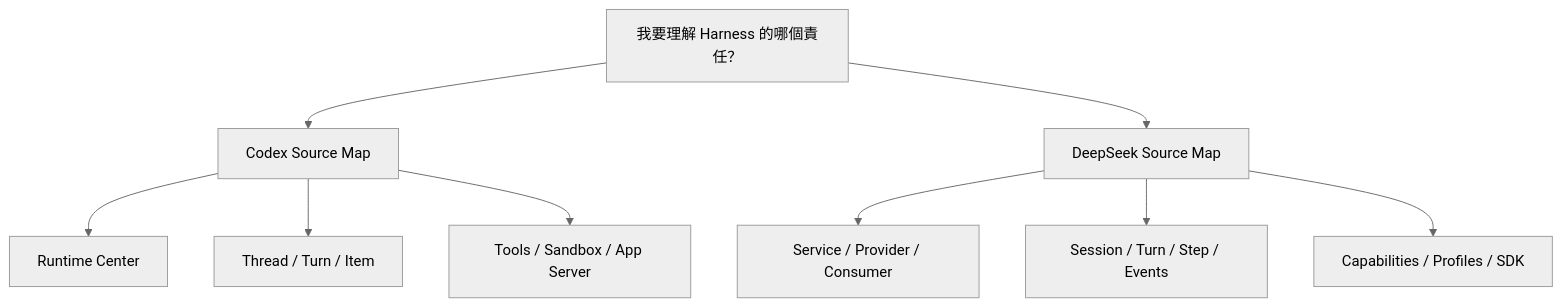
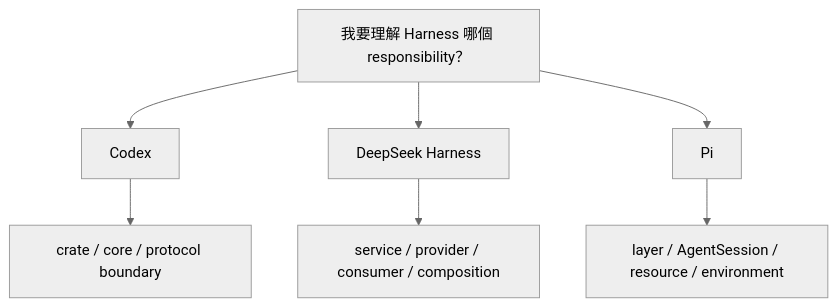
One commit to indigofeather/harness-book changed the diagram in docs/reference/source-reading.md. Above: the diagram before and after it, drawn with Mermaid (neutral theme). The commit also changed other lines of this file and 13 other files, not shown here.

Commit message:
docs: add Pi as third Agent Harness case study

````diff
--- a/docs/reference/source-reading.md
+++ b/docs/reference/source-reading.md
@@ -11,14 +13,11 @@
 ```mermaid
 flowchart TB
-  Q[我要理解 Harness 的哪個責任？]
-  Q --> C[Codex Source Map]
-  Q --> D[DeepSeek Source Map]
+  Q[我要理解 Harness 哪個 responsibility？]
+  Q --> C[Codex]
+  Q --> D[DeepSeek Harness]
+  Q --> P[Pi]
 
-  C --> C1[Runtime Center]
-  C --> C2[Thread / Turn / Item]
-  C --> C3[Tools / Sandbox / App Server]
-
-  D --> D1[Service / Provider / Consumer]
-  D --> D2[Session / Turn / Step / Events]
-  D --> D3[Capabilities / Profiles / SDK]
+  C --> C1[crate / core / protocol boundary]
+  D --> D1[service / provider / consumer / composition]
+  P --> P1[layer / AgentSession / resource / environment]
 ```
````
